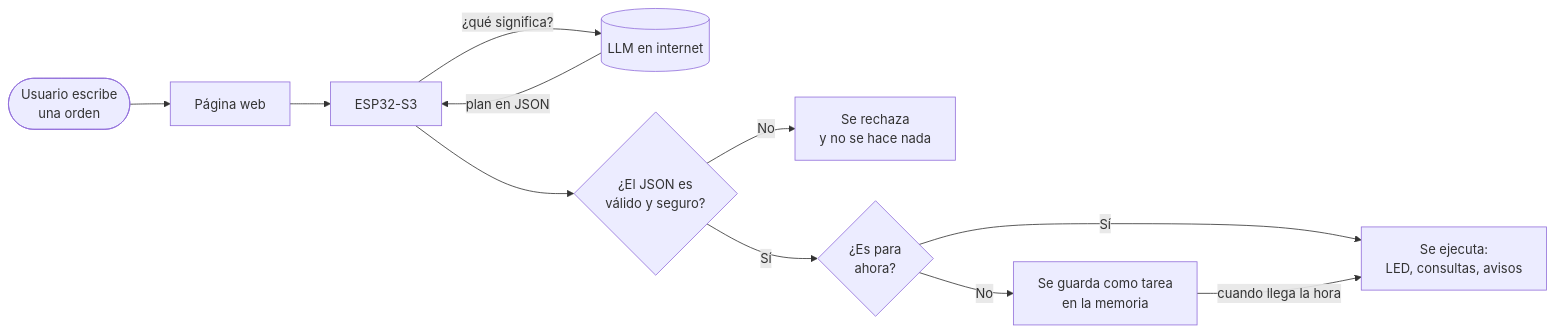
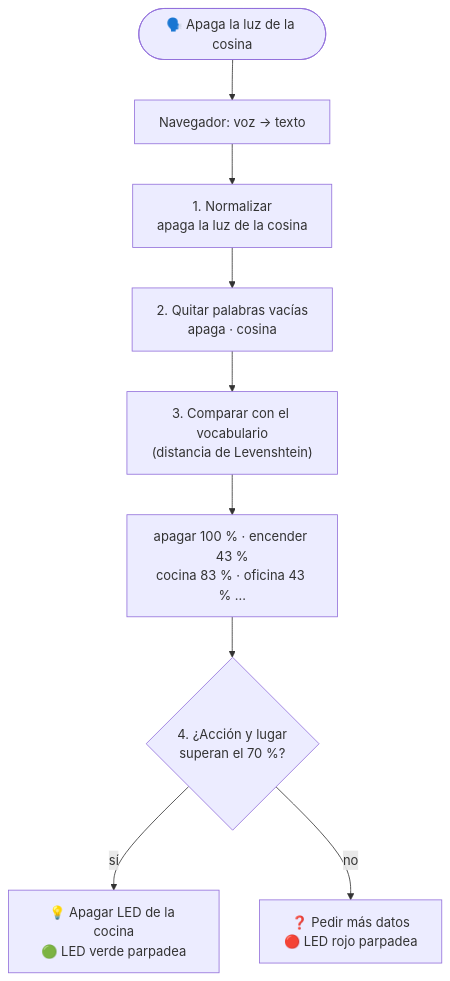
The diagram in docs/COMO_FUNCIONA.md (MainRDSniper09/ESP32-IA), drawn with Mermaid before and after one commit. The commit also changed other lines of this file and 20 other files, not shown here.

First line of the commit message:
feat: asistente de voz que interpreta órdenes en la ESP32 (parte 1)

````diff
--- a/docs/COMO_FUNCIONA.md
+++ b/docs/COMO_FUNCIONA.md
@@ -18,13 +9,11 @@
 ```mermaid
-flowchart LR
-    A([Usuario escribe<br/>una orden]) --> B[Página web]
-    B --> C[ESP32-S3]
-    C -->|"¿qué significa?"| D[(LLM en internet)]
-    D -->|plan en JSON| C
-    C --> E{¿El JSON es<br/>válido y seguro?}
-    E -->|No| F[Se rechaza<br/>y no se hace nada]
-    E -->|Sí| G{¿Es para<br/>ahora?}
-    G -->|Sí| H[Se ejecuta:<br/>LED, consultas, avisos]
-    G -->|No| I[Se guarda como tarea<br/>en la memoria]
-    I -->|cuando llega la hora| H
+flowchart TD
+    A(["🗣️ Apaga la luz de la cosina"]) --> B[Navegador: voz → texto]
+    B --> C["1. Normalizar<br/>apaga la luz de la cosina"]
+    C --> D["2. Quitar palabras vacías<br/>apaga · cosina"]
+    D --> E["3. Comparar con el vocabulario<br/>(distancia de Levenshtein)"]
+    E --> F["apagar 100 % · encender 43 %<br/>cocina 83 % · oficina 43 % ..."]
+    F --> G{"4. ¿Acción y lugar<br/>superan el 70 %?"}
+    G -->|sí| H["💡 Apagar LED de la cocina<br/>🟢 LED verde parpadea"]
+    G -->|no| I["❓ Pedir más datos<br/>🔴 LED rojo parpadea"]
 ```
````
